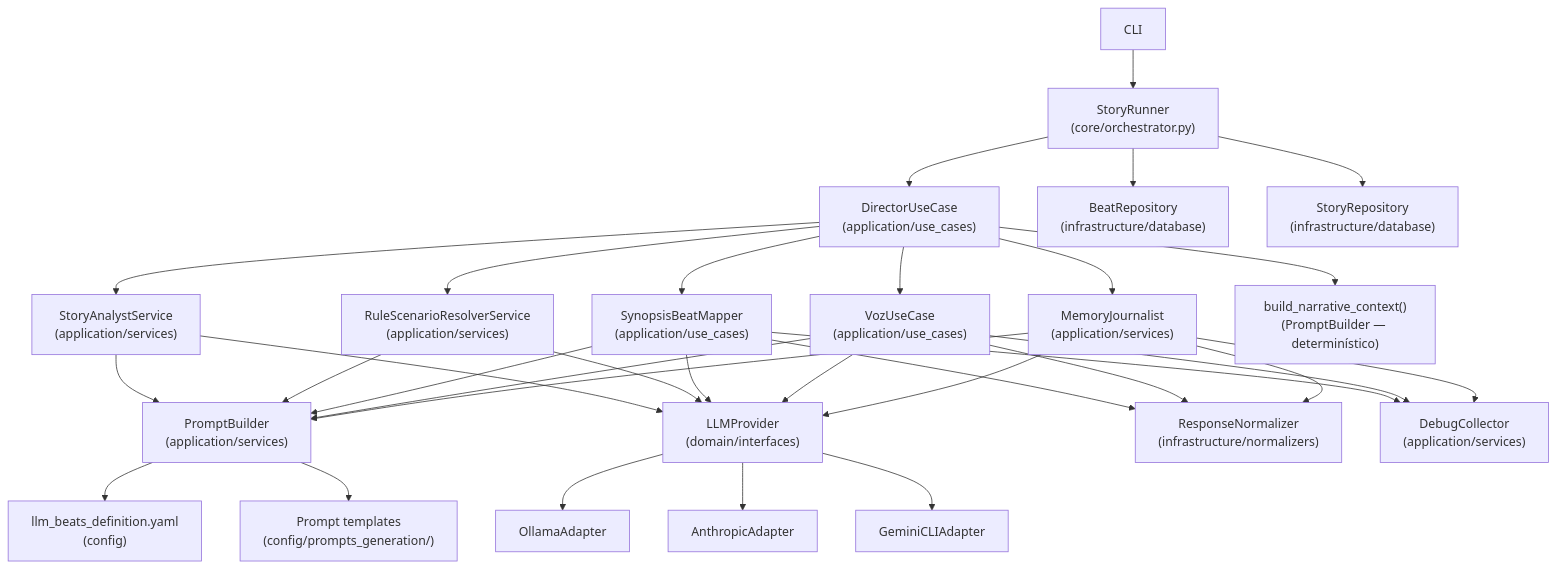
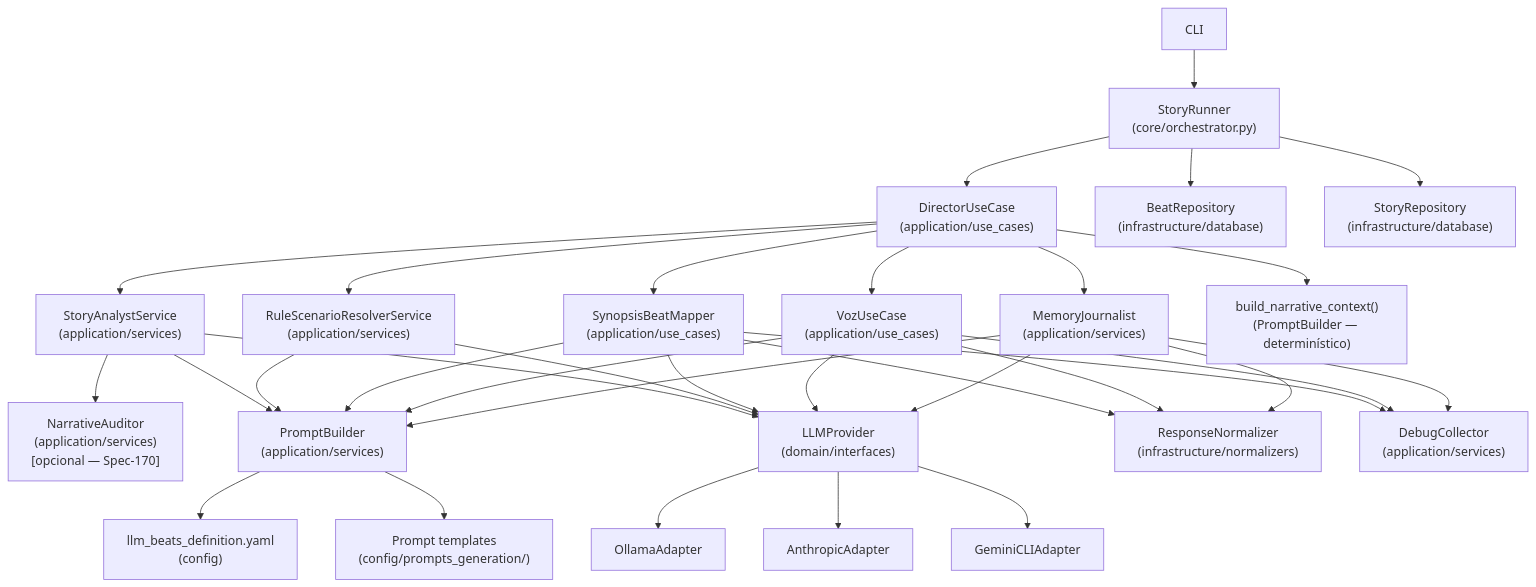
The second of 4 diagrams in README.md (rledesma912/automated_narrative), drawn with Mermaid before and after one commit. The commit also changed other lines of this file and 25 other files, not shown here.

````diff
--- a/README.md
+++ b/README.md
@@ -88,43 +88,44 @@
 ```mermaid
 flowchart TD
     CLI --> Runner["StoryRunner\n(core/orchestrator.py)"]
     Runner --> Dir["DirectorUseCase\n(application/use_cases)"]
 
     Dir --> Ana["StoryAnalystService\n(application/services)"]
     Dir --> Res["RuleScenarioResolverService\n(application/services)"]
     Dir --> Map["SynopsisBeatMapper\n(application/use_cases)"]
     Dir --> Voz["VozUseCase\n(application/use_cases)"]
     Dir --> Jrn["MemoryJournalist\n(application/services)"]
 
     Dir --> NC["build_narrative_context()\n(PromptBuilder — determinístico)"]
 
+    Ana --> Aud["NarrativeAuditor\n(application/services)\n[opcional — Spec-170]"]
     Ana --> PB["PromptBuilder\n(application/services)"]
     Res --> PB
     Map --> PB
     Voz --> PB
     Jrn --> PB
 
     Ana --> LLM["LLMProvider\n(domain/interfaces)"]
     Res --> LLM
     Map --> LLM
     Voz --> LLM
     Jrn --> LLM
 
     Map --> Norm["ResponseNormalizer\n(infrastructure/normalizers)"]
     Voz --> Norm
     Jrn --> Norm
 
     Map --> DC["DebugCollector\n(application/services)"]
     Voz --> DC
     Jrn --> DC
 
     PB --> YAML["llm_beats_definition.yaml\n(config)"]
     PB --> Tmpl["Prompt templates\n(config/prompts_generation/)"]
 
     LLM --> Ollama["OllamaAdapter"]
     LLM --> Anthropic["AnthropicAdapter"]
     LLM --> Gemini["GeminiCLIAdapter"]
 
     Runner --> BeatRepo["BeatRepository\n(infrastructure/database)"]
     Runner --> StoryRepo["StoryRepository\n(infrastructure/database)"]
 ```
````
